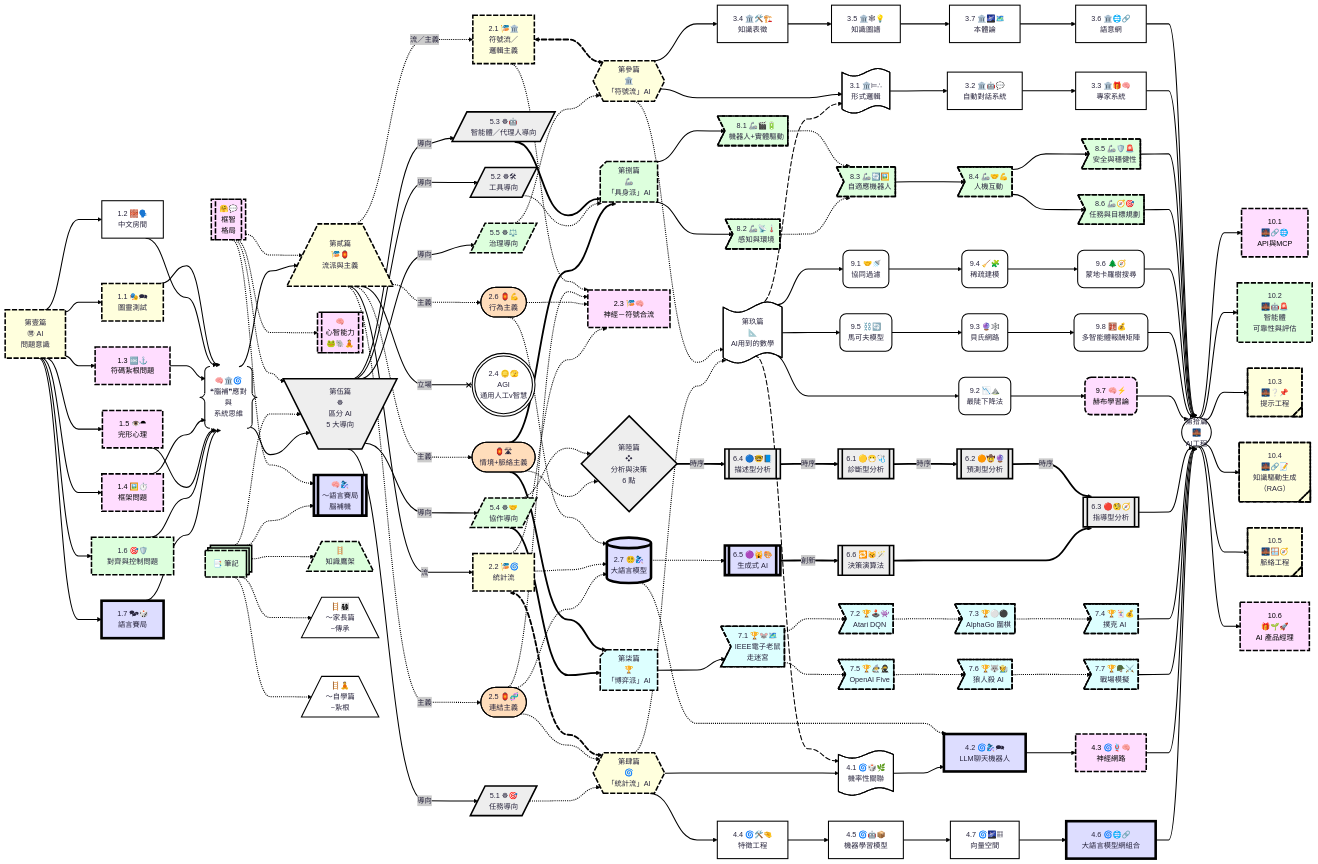
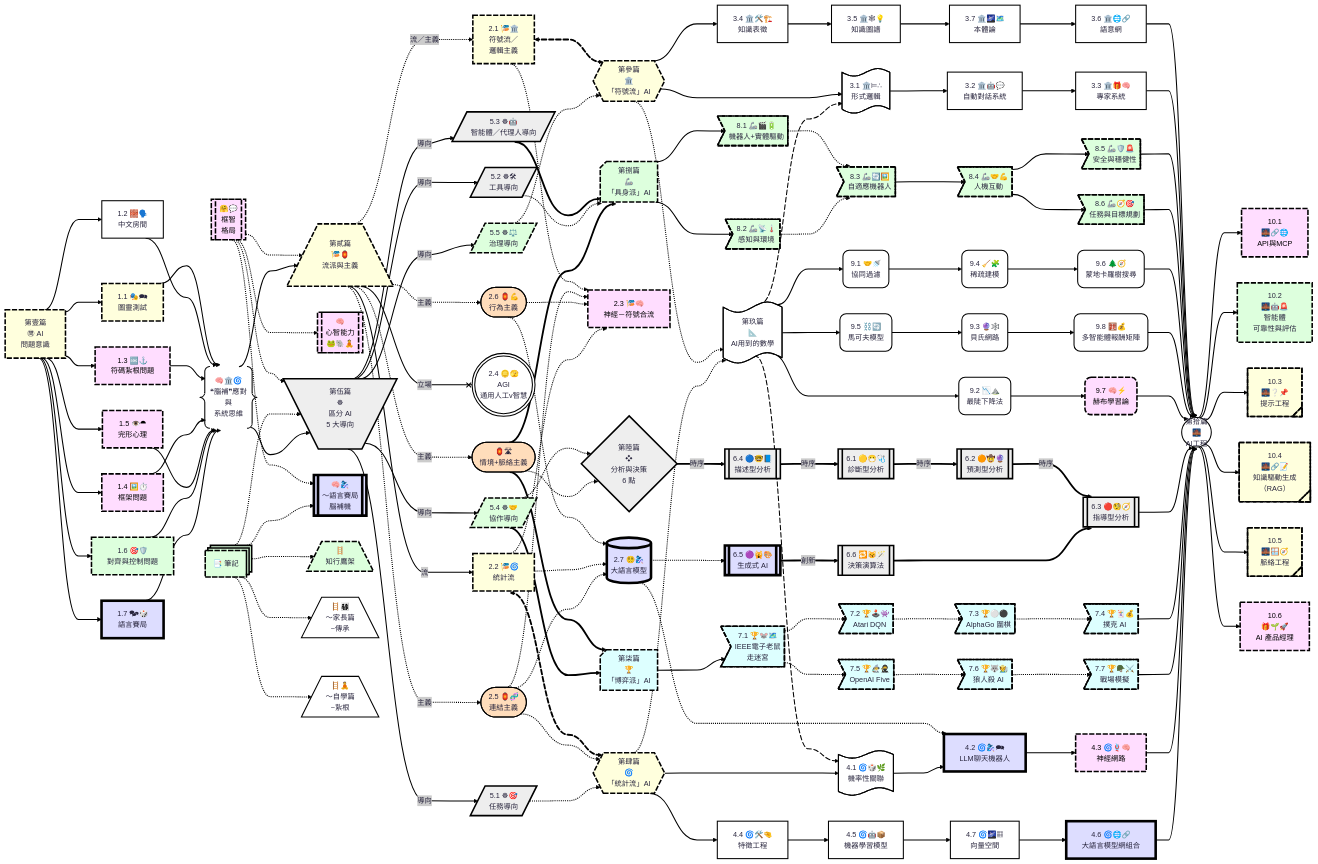
Before and after one commit to hanteng/frmAI: the diagram in appendix-mindmap.zh-hant.qmd, drawn with Mermaid. The commit also changed other lines of this file, not shown here.

```diff
--- a/appendix-mindmap.zh-hant.qmd
+++ b/appendix-mindmap.zh-hant.qmd
@@ -66,15 +61,15 @@
   %% 筆記
   NOTES[📑 筆記]
   NOTES@{ shape: procs}
-  NOTES1[🪜 <br/>知識鷹架]
+  NOTES1[🪜 <br/>知行鷹架]
   NOTES2[🪜👨‍👩‍👧‍👦 <br/>〜家長篇<br/>~傳承]
   NOTES3[🪜🧘 <br/>〜自學篇<br/>~紥根]
   NOTES1@{ shape: trap-b }
   NOTES2@{ shape: trap-b }
   NOTES3@{ shape: trap-b }
   click NOTES1 "notes-constructive_fill-in.zh-hant.html"
-  click NOTES2 "appendix-cognitive_parents.zh-hant.html"
-  click NOTES3 "appendix-cognitive.zh-hant.html"
+  click NOTES2 "appendix-cognitive_capacity_parents.zh-hant.html"
+  click NOTES3 "appendix-cognitive_capacity.zh-hant.html"
 
   %% Extra Anchor 前中 系統創新
   C1a & C1b & C1c & C1d & C1e & C1f & C1g -->   SysThk
```
